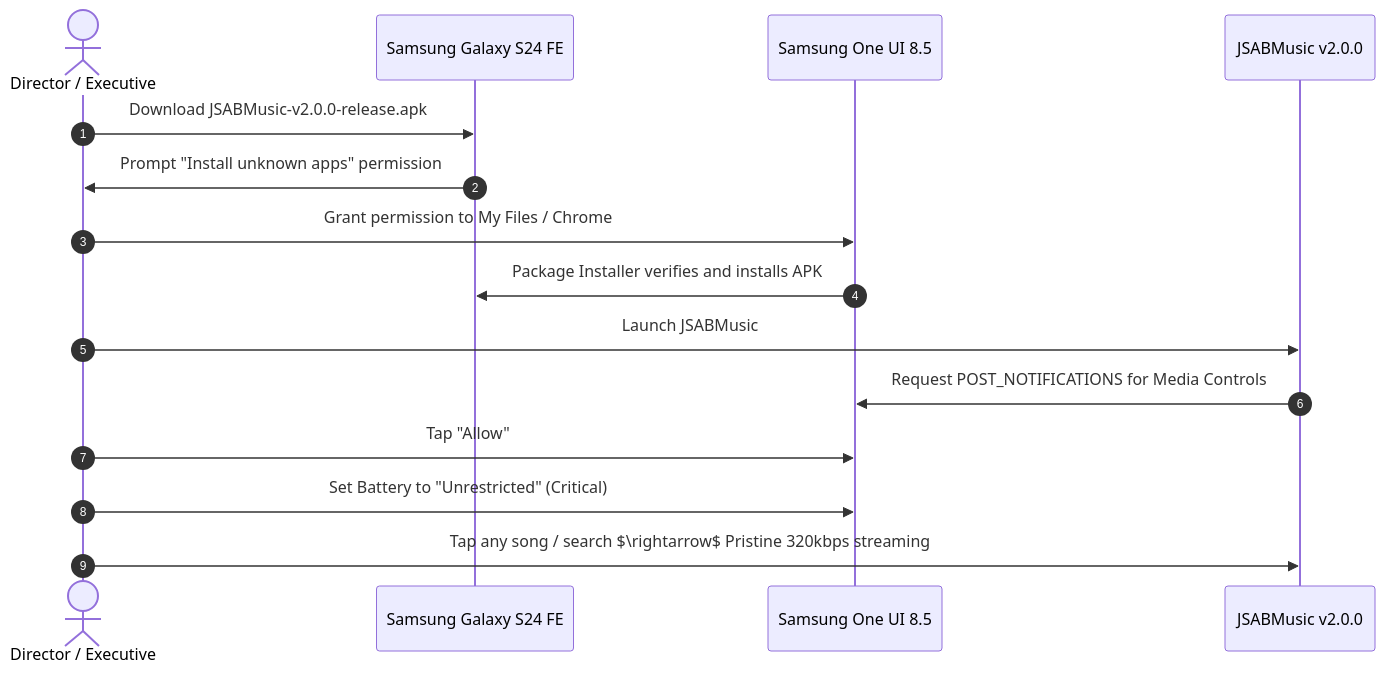
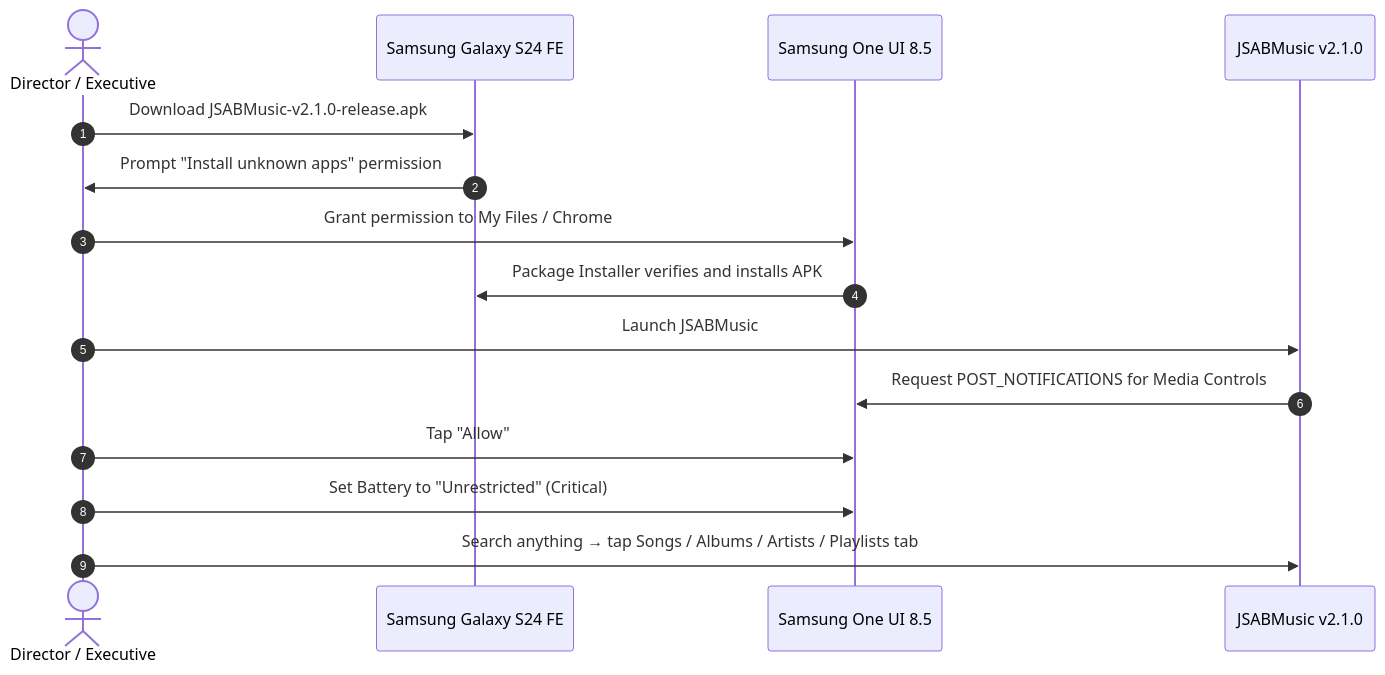
One commit to shibinantony/AI_Open_Music_POC changed the second of 2 diagrams in README.md. Above: the diagram before and after it, drawn with Mermaid. The commit also changed other lines of this file and 4 other files, not shown here.

````diff
--- a/README.md
+++ b/README.md
@@ -119,18 +203,18 @@
 ```mermaid
 sequenceDiagram
     autonumber
     actor User as Director / Executive
     participant Device as Samsung Galaxy S24 FE
     participant OS as Samsung One UI 8.5
-    participant App as JSABMusic v2.0.0
+    participant App as JSABMusic v2.1.0
 
-    User->>Device: Download JSABMusic-v2.0.0-release.apk
+    User->>Device: Download JSABMusic-v2.1.0-release.apk
     Device->>User: Prompt "Install unknown apps" permission
     User->>OS: Grant permission to My Files / Chrome
     OS->>Device: Package Installer verifies and installs APK
     User->>App: Launch JSABMusic
     App->>OS: Request POST_NOTIFICATIONS for Media Controls
     User->>OS: Tap "Allow"
     User->>OS: Set Battery to "Unrestricted" (Critical)
-    User->>App: Tap any song / search $\rightarrow$ Pristine 320kbps streaming
+    User->>App: Search anything → tap Songs / Albums / Artists / Playlists tab
 ```
````
